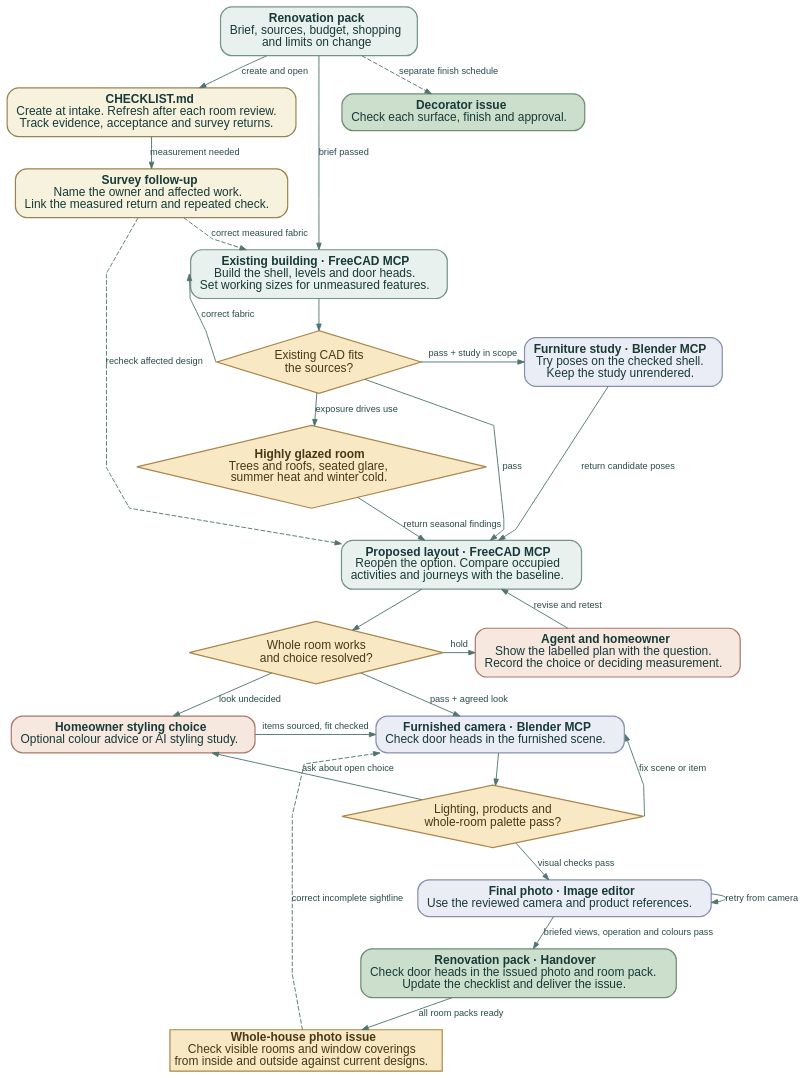
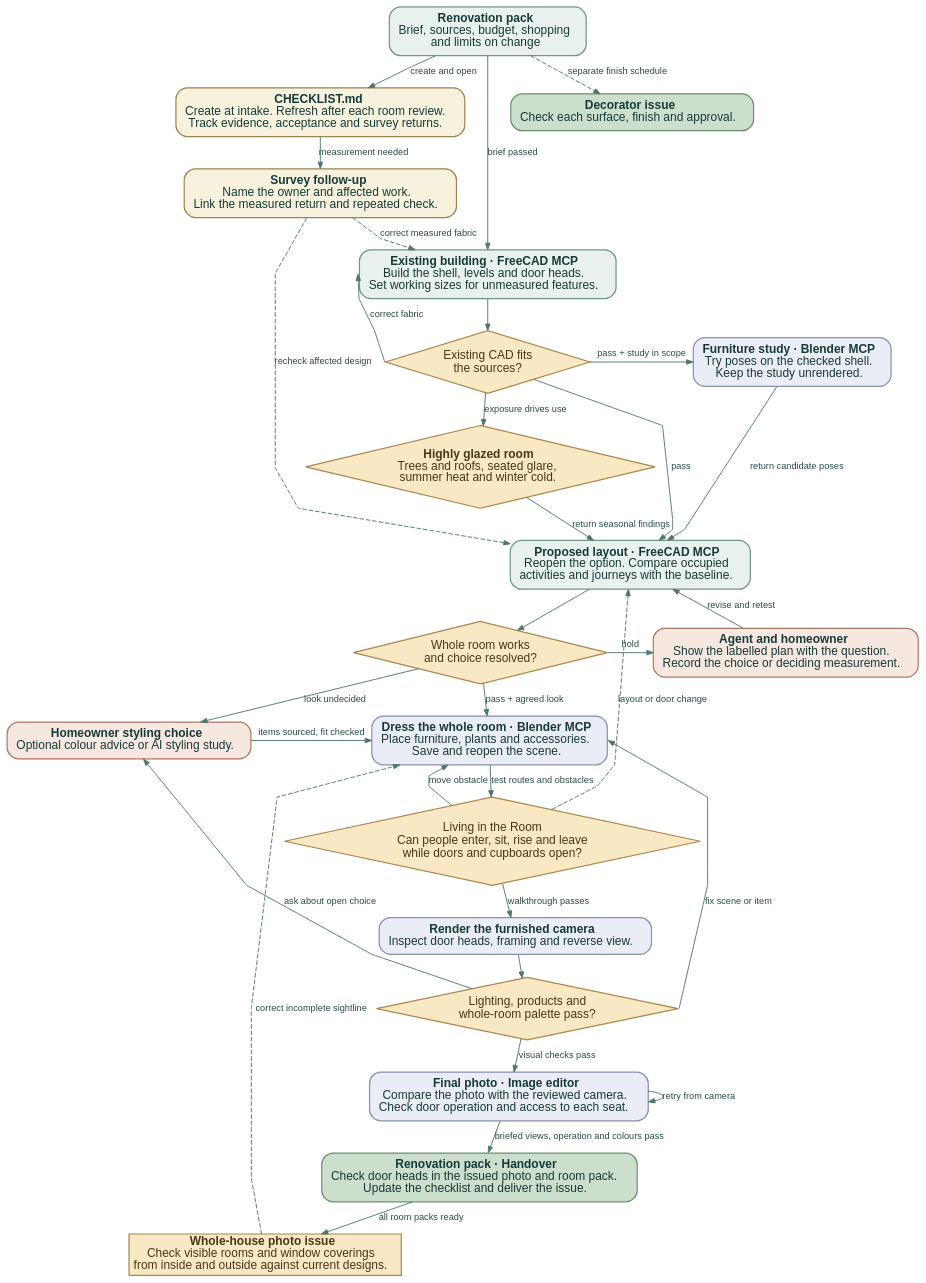
Before and after one commit to 1749-io/room-by-room: the diagram in docs/workflow.dot, drawn with Graphviz. The commit also changed 34 other files, not shown here.

First line of the commit message:
Check walking routes after the final room dressing (#15)

```diff
--- a/docs/workflow.dot
+++ b/docs/workflow.dot
@@ -1,58 +1,64 @@
 // The room review map. render_workflow.py adds the scope, permission and issue flows.
 digraph Renovation {
   graph [rankdir=TB, bgcolor="transparent", pad="0.12", nodesep="0.22", ranksep="0.32", splines=polyline]
   node [shape=box, style="rounded,filled", fontname="Arial", fontsize=13, fontcolor="#173A38",
         color="#73938D", fillcolor="#E8F1ED", penwidth=1.3, margin="0.14,0.1"]
   edge [fontname="Arial", fontsize=10, fontcolor="#284B48", color="#507470", arrowsize=0.7]
 
   intake [label=<<B>Renovation pack</B><BR/>Brief, sources, budget, shopping<BR/>and limits on change>]
   checklist [label=<<B>CHECKLIST.md</B><BR/>Create at intake. Refresh after each room review.<BR/>Track evidence, acceptance and survey returns.>,fillcolor="#F7F2DE",color="#998451"]
   survey [label=<<B>Survey follow-up</B><BR/>Name the owner and affected work.<BR/>Link the measured return and repeated check.>,fillcolor="#F7F2DE",color="#998451"]
   shell [label=<<B>Existing building · FreeCAD MCP</B><BR/>Build the shell, levels and door heads.<BR/>Set working sizes for unmeasured features.>]
   study [label=<<B>Furniture study · Blender MCP</B><BR/>Try poses on the checked shell.<BR/>Keep the study unrendered.>, fillcolor="#EBEDF6", color="#8791AE"]
   options [label=<<B>Proposed layout · FreeCAD MCP</B><BR/>Reopen the option. Compare occupied<BR/>activities and journeys with the baseline.>]
   decide [label=<<B>Agent and homeowner</B><BR/>Show the labelled plan with the question.<BR/>Record the choice or deciding measurement.>,fillcolor="#F6E7DF",color="#AC7868"]
   style [label=<<B>Homeowner styling choice</B><BR/>Optional colour advice or AI styling study.>,fillcolor="#F6E7DF",color="#AC7868"]
-  finish [label=<<B>Furnished camera · Blender MCP</B><BR/>Check door heads in the furnished scene.>,fillcolor="#EBEDF6",color="#8791AE"]
-  ai [label=<<B>Final photo · Image editor</B><BR/>Use the reviewed camera and product references.>,fillcolor="#EBEDF6",color="#8791AE"]
+  finish [label=<<B>Dress the whole room · Blender MCP</B><BR/>Place furniture, plants and accessories.<BR/>Save and reopen the scene.>,fillcolor="#EBEDF6",color="#8791AE"]
+  camera [label=<<B>Render the furnished camera</B><BR/>Inspect door heads, framing and reverse view.>,fillcolor="#EBEDF6",color="#8791AE"]
+  ai [label=<<B>Final photo · Image editor</B><BR/>Compare the photo with the reviewed camera.<BR/>Check door operation and access to each seat.>,fillcolor="#EBEDF6",color="#8791AE"]
   decor [label=<<B>Decorator issue</B><BR/>Check each surface, finish and approval.>,fillcolor="#CCDFCD",color="#708D72"]
   release [label=<<B>Renovation pack · Handover</B><BR/>Check door heads in the issued photo and room pack.<BR/>Update the checklist and deliver the issue.>,fillcolor="#CCDFCD",color="#708D72"]
   node [shape=diamond, style=filled, fillcolor="#F8E9C4", color="#AB854A", fontcolor="#483817", margin="0.07,0.04"]
   fixed [label="Existing CAD fits\nthe sources?"]
   living [label="Whole room works\nand choice resolved?"]
+  walkthrough [label="Living in the Room\nCan people enter, sit, rise and leave\nwhile doors and cupboards open?"]
   fidelity [label="Lighting, products and\nwhole-room palette pass?"]
 
   intake -> shell [label="brief passed"]
   intake -> checklist [label="create and open"]
   checklist -> survey [label="measurement needed"]
   survey -> shell [label="correct measured fabric",style=dashed]
   survey -> options [label="recheck affected design",style=dashed]
   intake -> decor [style=dashed,label="separate finish schedule"]
   shell -> fixed
   fixed -> shell [tailport=w,headport=w,label="correct fabric"]
   fixed -> options [label="pass"]
   fixed -> study [label="pass + study in scope"]
   study -> options [label="return candidate poses"]
   climate [label=<<B>Highly glazed room</B><BR/>Trees and roofs, seated glare,<BR/>summer heat and winter cold.>]
   fixed -> climate [label="exposure drives use"]
   climate -> options [label="return seasonal findings"]
   options -> living
   living -> decide [label="hold"]
   decide -> options [label="revise and retest"]
   living -> finish [label="pass + agreed look"]
   living -> style [label="look undecided"]
   style -> finish [label="items sourced, fit checked"]
-  finish -> fidelity
+  finish -> walkthrough [label="test routes and obstacles"]
+  walkthrough -> finish [label="move obstacle"]
+  walkthrough -> options [label="layout or door change",style=dashed]
+  walkthrough -> camera [label="walkthrough passes"]
+  camera -> fidelity
   fidelity -> finish [tailport=e,headport=e,label="fix scene or item"]
   fidelity -> style [label="ask about open choice"]
   fidelity -> ai [label="visual checks pass"]
   ai -> ai [label="retry from camera"]
   ai -> release [label="briefed views, operation and colours pass"]
 
   assembled [label=<<B>Whole-house photo issue</B><BR/>Check visible rooms and window coverings<BR/>from inside and outside against current designs.>,shape=box]
   release -> assembled [label="all room packs ready"]
   assembled -> finish [label="correct incomplete sightline",style=dashed]
   {rank=same; finish; style}
   {rank=same; study; fixed}
   {rank=same; living; decide}
 }
```
